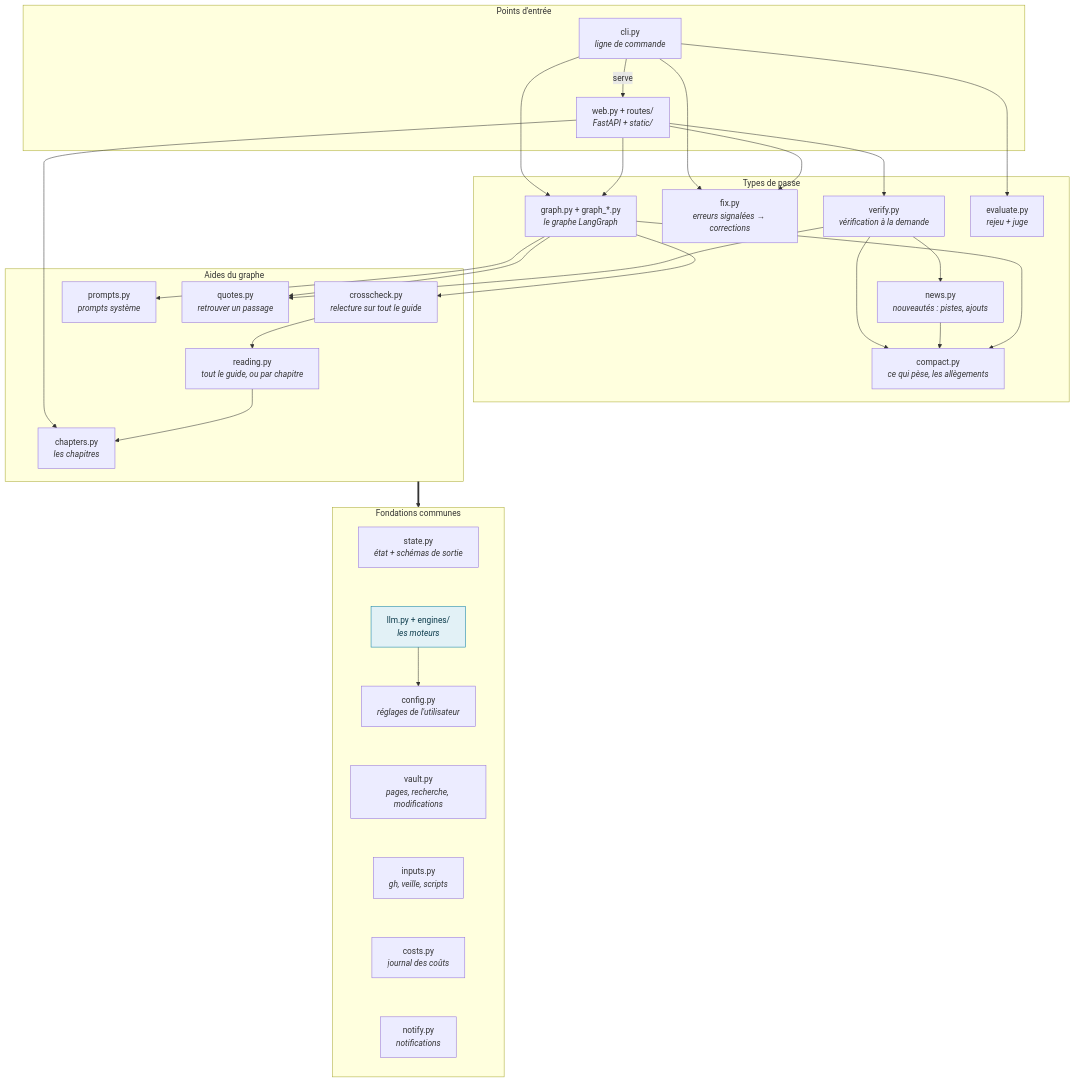
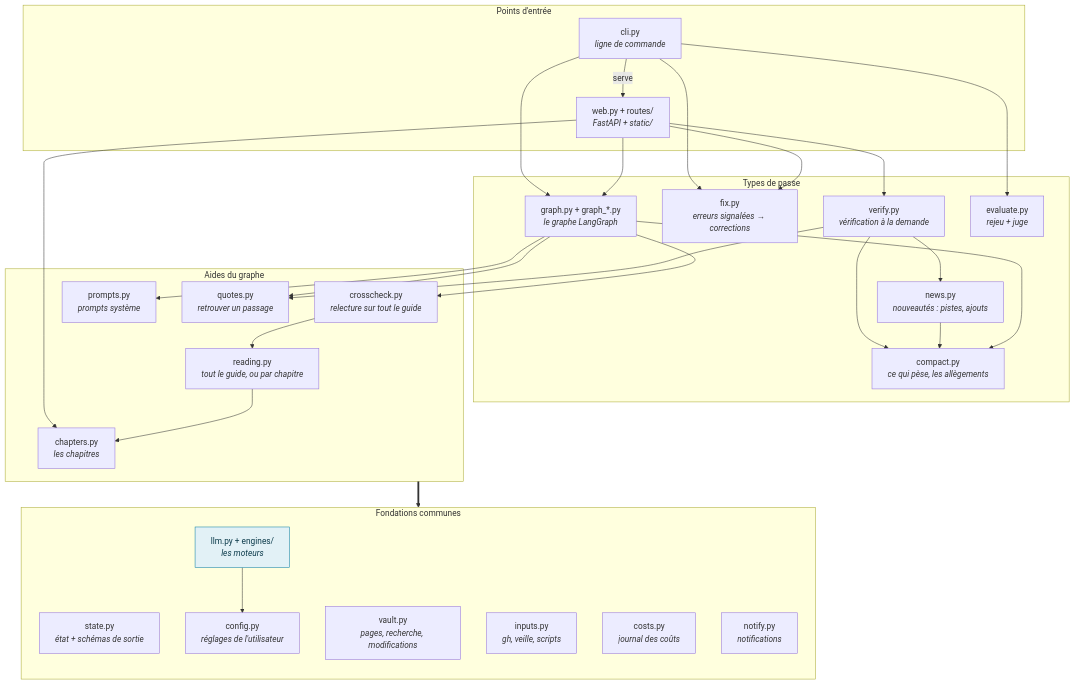
The first of 7 diagrams in docs/fr/code.md (DamienBecherini/vault-watch-agent), drawn with Mermaid before and after one commit. The commit also changed 1 other file, not shown here.

Commit message:
docs(code): the foundations as a row again, under the other boxes: one arrow to the box is enough

````diff
--- a/docs/fr/code.md
+++ b/docs/fr/code.md
@@ -19,44 +19,44 @@
 ```mermaid
 flowchart TB
   subgraph entry["Points d'entrée"]
     cli["cli.py<br/><i>ligne de commande</i>"]
     web["web.py + routes/<br/><i>FastAPI + static/</i>"]
   end
   subgraph runs["Types de passe"]
     graphpy["graph.py + graph_*.py<br/><i>le graphe LangGraph</i>"]
     fix["fix.py<br/><i>erreurs signalées → corrections</i>"]
     verify["verify.py<br/><i>vérification à la demande</i>"]
     compact["compact.py<br/><i>ce qui pèse, les allègements</i>"]
     news["news.py<br/><i>nouveautés : pistes, ajouts</i>"]
     evaluate["evaluate.py<br/><i>rejeu + juge</i>"]
   end
   subgraph steps["Aides du graphe"]
     crosscheck["crosscheck.py<br/><i>relecture sur tout le guide</i>"]
     prompts["prompts.py<br/><i>prompts système</i>"]
     quotes["quotes.py<br/><i>retrouver un passage</i>"]
     reading["reading.py<br/><i>tout le guide, ou par chapitre</i>"]
     chapters["chapters.py<br/><i>les chapitres</i>"]
   end
   subgraph base["Fondations communes"]
     direction TB
     state["state.py<br/><i>état + schémas de sortie</i>"]
     llm["llm.py + engines/<br/><i>les moteurs</i>"]
     config["config.py<br/><i>réglages de l'utilisateur</i>"]
     vault["vault.py<br/><i>pages, recherche, modifications</i>"]
     inputs["inputs.py<br/><i>gh, veille, scripts</i>"]
     costs["costs.py<br/><i>journal des coûts</i>"]
     notify["notify.py<br/><i>notifications</i>"]
   end
   cli -->|"serve"| web
   cli --> graphpy & fix & evaluate
   web --> graphpy & fix & verify & chapters
   graphpy --> crosscheck & prompts & quotes
   crosscheck --> reading --> chapters
   verify --> quotes & compact & news
   news --> compact
   graphpy --> compact
   steps ====> base
-  state ~~~ llm --> config ~~~ vault ~~~ inputs ~~~ costs ~~~ notify
+  llm --> config
   classDef model fill:#e2f1f6,stroke:#0a7ea4,color:#0b3a4a
   class llm model
 ```
````
